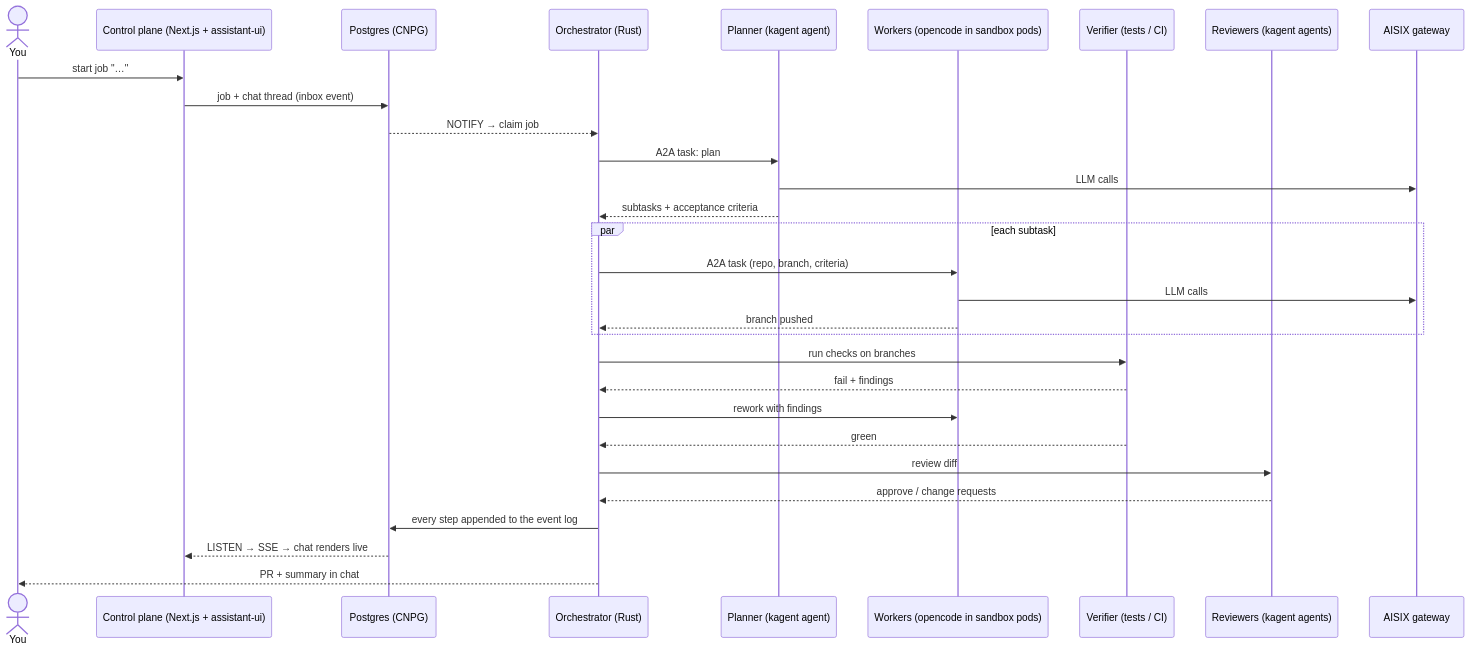
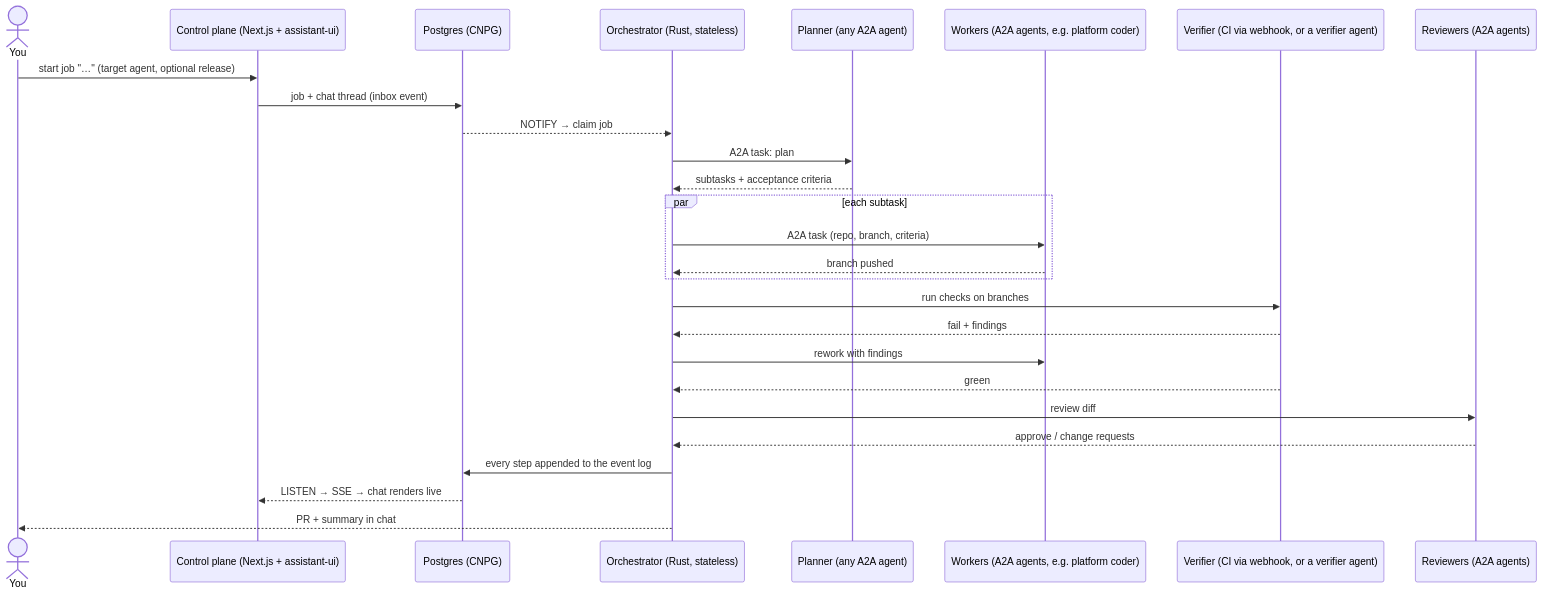
One commit to vymalo/another-agentic-system changed the first of 2 diagrams in docs/architecture.md. Above: the diagram before and after it, drawn with Mermaid. The commit also changed other lines of this file and 10 other files, not shown here.

````diff
--- a/docs/architecture.md
+++ b/docs/architecture.md
@@ -53,32 +66,29 @@
 ```mermaid
 sequenceDiagram
   actor U as You
   participant CP as Control plane (Next.js + assistant-ui)
   participant DB as Postgres (CNPG)
-  participant O as Orchestrator (Rust)
-  participant P as Planner (kagent agent)
-  participant W as Workers (opencode in sandbox pods)
-  participant V as Verifier (tests / CI)
-  participant R as Reviewers (kagent agents)
-  participant G as AISIX gateway
-  U->>CP: start job "…"
+  participant O as Orchestrator (Rust, stateless)
+  participant P as Planner (any A2A agent)
+  participant W as Workers (A2A agents, e.g. platform coder)
+  participant V as Verifier (CI via webhook, or a verifier agent)
+  participant R as Reviewers (A2A agents)
+  U->>CP: start job "…" (target agent, optional release)
   CP->>DB: job + chat thread (inbox event)
   DB-->>O: NOTIFY → claim job
   O->>P: A2A task: plan
-  P->>G: LLM calls
   P-->>O: subtasks + acceptance criteria
   par each subtask
     O->>W: A2A task (repo, branch, criteria)
-    W->>G: LLM calls
     W-->>O: branch pushed
   end
   O->>V: run checks on branches
   V-->>O: fail + findings
   O->>W: rework with findings
   V-->>O: green
   O->>R: review diff
   R-->>O: approve / change requests
   O->>DB: every step appended to the event log
   DB-->>CP: LISTEN → SSE → chat renders live
   O-->>U: PR + summary in chat
 ```
````
